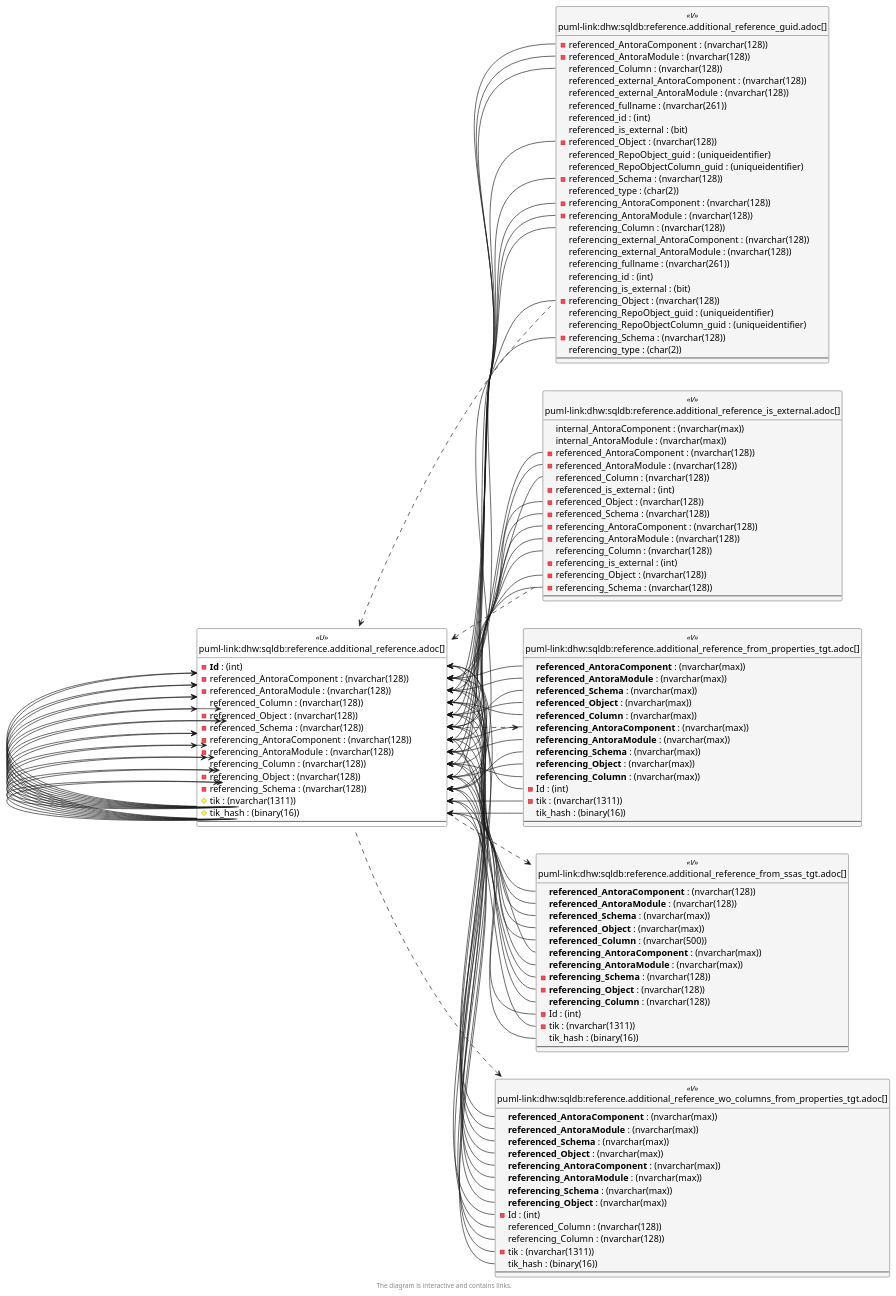
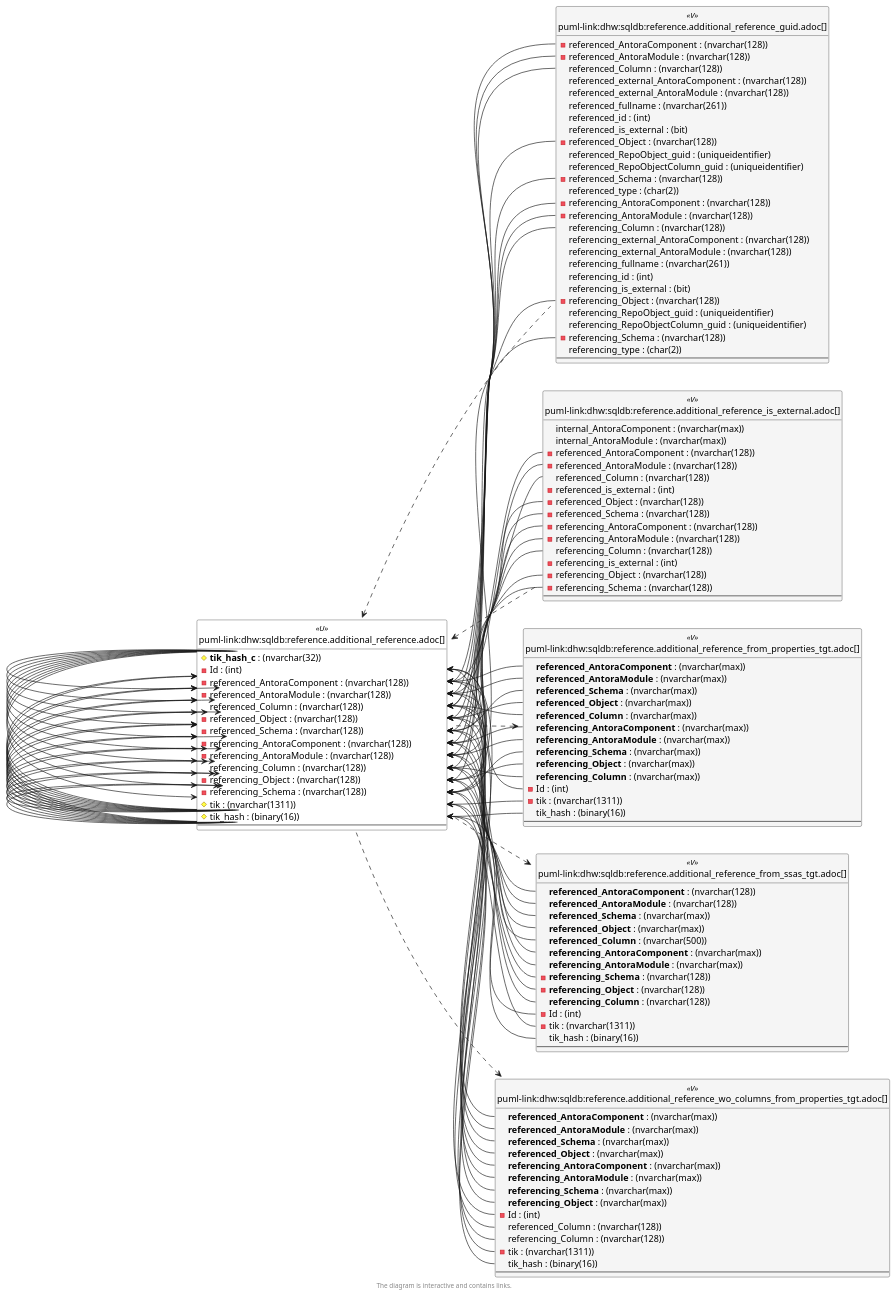
The sixth of 6 diagrams in docs/modules/sqldb/partials/content/reference.additional_reference.adoc (DataHandwerk/dhw-antora-sqldb), drawn with PlantUML before and after one commit. The commit also changed other lines of this file and 751 other files, not shown here.

```diff
--- a/docs/modules/sqldb/partials/content/reference.additional_reference.adoc
+++ b/docs/modules/sqldb/partials/content/reference.additional_reference.adoc
@@ -3910,7 +4015,8 @@
 
 
 entity "puml-link:dhw:sqldb:reference.additional_reference.adoc[]" as reference.additional_Reference << U >> {
-  - **Id** : (int)
+  # **tik_hash_c** : (nvarchar(32))
+  - Id : (int)
   - referenced_AntoraComponent : (nvarchar(128))
   - referenced_AntoraModule : (nvarchar(128))
   referenced_Column : (nvarchar(128))
@@ -4037,72 +4143,82 @@
 "reference.additional_Reference::referenced_AntoraComponent" <-- "reference.additional_Reference_from_properties_tgt::referenced_AntoraComponent"
 "reference.additional_Reference::referenced_AntoraComponent" <-- "reference.additional_Reference_is_external::referenced_AntoraComponent"
 "reference.additional_Reference::referenced_AntoraComponent" <-- "reference.additional_Reference_from_ssas_tgt::referenced_AntoraComponent"
+"reference.additional_Reference::referenced_AntoraComponent" <-- "reference.additional_Reference::tik_hash_c"
 "reference.additional_Reference::referenced_AntoraComponent" <-- "reference.additional_Reference::tik"
 "reference.additional_Reference::referenced_AntoraComponent" <-- "reference.additional_Reference::tik_hash"
 "reference.additional_Reference::referenced_AntoraComponent" <-- "reference.additional_Reference_guid::referenced_AntoraComponent"
 "reference.additional_Reference::referenced_AntoraModule" <-- "reference.additional_Reference::tik_hash"
 "reference.additional_Reference::referenced_AntoraModule" <-- "reference.additional_Reference::tik"
+"reference.additional_Reference::referenced_AntoraModule" <-- "reference.additional_Reference::tik_hash_c"
 "reference.additional_Reference::referenced_AntoraModule" <-- "reference.additional_Reference_from_ssas_tgt::referenced_AntoraModule"
 "reference.additional_Reference::referenced_AntoraModule" <-- "reference.additional_Reference_is_external::referenced_AntoraModule"
+"reference.additional_Reference::referenced_AntoraModule" <-- "reference.additional_Reference_guid::referenced_AntoraModule"
+"reference.additional_Reference::referenced_AntoraModule" <-- "reference.additional_Reference_wo_columns_from_properties_tgt::referenced_AntoraModule"
 "reference.additional_Reference::referenced_AntoraModule" <-- "reference.additional_Reference_from_properties_tgt::referenced_AntoraModule"
-"reference.additional_Reference::referenced_AntoraModule" <-- "reference.additional_Reference_wo_columns_from_properties_tgt::referenced_AntoraModule"
-"reference.additional_Reference::referenced_AntoraModule" <-- "reference.additional_Reference_guid::referenced_AntoraModule"
+"reference.additional_Reference::referenced_Column" <-- "reference.additional_Reference_from_properties_tgt::referenced_Column"
 "reference.additional_Reference::referenced_Column" <-- "reference.additional_Reference_wo_columns_from_properties_tgt::referenced_Column"
-"reference.additional_Reference::referenced_Column" <-- "reference.additional_Reference_from_properties_tgt::referenced_Column"
 "reference.additional_Reference::referenced_Column" <-- "reference.additional_Reference_is_external::referenced_Column"
 "reference.additional_Reference::referenced_Column" <-- "reference.additional_Reference_from_ssas_tgt::referenced_Column"
+"reference.additional_Reference::referenced_Column" <-- "reference.additional_Reference::tik_hash_c"
+"reference.additional_Reference::referenced_Column" <-- "reference.additional_Reference::tik"
+"reference.additional_Reference::referenced_Column" <-- "reference.additional_Reference::tik_hash"
 "reference.additional_Reference::referenced_Column" <-- "reference.additional_Reference_guid::referenced_Column"
-"reference.additional_Reference::referenced_Column" <-- "reference.additional_Reference::tik_hash"
-"reference.additional_Reference::referenced_Column" <-- "reference.additional_Reference::tik"
+"reference.additional_Reference::referenced_Object" <-- "reference.additional_Reference_guid::referenced_Object"
+"reference.additional_Reference::referenced_Object" <-- "reference.additional_Reference::tik_hash"
 "reference.additional_Reference::referenced_Object" <-- "reference.additional_Reference::tik"
-"reference.additional_Reference::referenced_Object" <-- "reference.additional_Reference::tik_hash"
-"reference.additional_Reference::referenced_Object" <-- "reference.additional_Reference_guid::referenced_Object"
+"reference.additional_Reference::referenced_Object" <-- "reference.additional_Reference::tik_hash_c"
 "reference.additional_Reference::referenced_Object" <-- "reference.additional_Reference_from_ssas_tgt::referenced_Object"
 "reference.additional_Reference::referenced_Object" <-- "reference.additional_Reference_is_external::referenced_Object"
+"reference.additional_Reference::referenced_Object" <-- "reference.additional_Reference_wo_columns_from_properties_tgt::referenced_Object"
 "reference.additional_Reference::referenced_Object" <-- "reference.additional_Reference_from_properties_tgt::referenced_Object"
-"reference.additional_Reference::referenced_Object" <-- "reference.additional_Reference_wo_columns_from_properties_tgt::referenced_Object"
+"reference.additional_Reference::referenced_Schema" <-- "reference.additional_Reference_from_properties_tgt::referenced_Schema"
 "reference.additional_Reference::referenced_Schema" <-- "reference.additional_Reference_wo_columns_from_properties_tgt::referenced_Schema"
-"reference.additional_Reference::referenced_Schema" <-- "reference.additional_Reference_from_properties_tgt::referenced_Schema"
 "reference.additional_Reference::referenced_Schema" <-- "reference.additional_Reference_is_external::referenced_Schema"
 "reference.additional_Reference::referenced_Schema" <-- "reference.additional_Reference_from_ssas_tgt::referenced_Schema"
+"reference.additional_Reference::referenced_Schema" <-- "reference.additional_Reference::tik_hash_c"
+"reference.additional_Reference::referenced_Schema" <-- "reference.additional_Reference::tik"
 "reference.additional_Reference::referenced_Schema" <-- "reference.additional_Reference::tik_hash"
 "reference.additional_Reference::referenced_Schema" <-- "reference.additional_Reference_guid::referenced_Schema"
-"reference.additional_Reference::referenced_Schema" <-- "reference.additional_Reference::tik"
 "reference.additional_Reference::referencing_AntoraComponent" <-- "reference.additional_Reference::tik"
 "reference.additional_Reference::referencing_AntoraComponent" <-- "reference.additional_Reference::tik_hash"
 "reference.additional_Reference::referencing_AntoraComponent" <-- "reference.additional_Reference_guid::referencing_AntoraComponent"
+"reference.additional_Reference::referencing_AntoraComponent" <-- "reference.additional_Reference::tik_hash_c"
 "reference.additional_Reference::referencing_AntoraComponent" <-- "reference.additional_Reference_from_ssas_tgt::referencing_AntoraComponent"
 "reference.additional_Reference::referencing_AntoraComponent" <-- "reference.additional_Reference_is_external::referencing_AntoraComponent"
+"reference.additional_Reference::referencing_AntoraComponent" <-- "reference.additional_Reference_wo_columns_from_properties_tgt::referencing_AntoraComponent"
 "reference.additional_Reference::referencing_AntoraComponent" <-- "reference.additional_Reference_from_properties_tgt::referencing_AntoraComponent"
-"reference.additional_Reference::referencing_AntoraComponent" <-- "reference.additional_Reference_wo_columns_from_properties_tgt::referencing_AntoraComponent"
 "reference.additional_Reference::referencing_AntoraModule" <-- "reference.additional_Reference_from_properties_tgt::referencing_AntoraModule"
 "reference.additional_Reference::referencing_AntoraModule" <-- "reference.additional_Reference_wo_columns_from_properties_tgt::referencing_AntoraModule"
 "reference.additional_Reference::referencing_AntoraModule" <-- "reference.additional_Reference_is_external::referencing_AntoraModule"
 "reference.additional_Reference::referencing_AntoraModule" <-- "reference.additional_Reference_guid::referencing_AntoraModule"
 "reference.additional_Reference::referencing_AntoraModule" <-- "reference.additional_Reference_from_ssas_tgt::referencing_AntoraModule"
+"reference.additional_Reference::referencing_AntoraModule" <-- "reference.additional_Reference::tik_hash_c"
+"reference.additional_Reference::referencing_AntoraModule" <-- "reference.additional_Reference::tik"
 "reference.additional_Reference::referencing_AntoraModule" <-- "reference.additional_Reference::tik_hash"
-"reference.additional_Reference::referencing_AntoraModule" <-- "reference.additional_Reference::tik"
+"reference.additional_Reference::referencing_Column" <-- "reference.additional_Reference::tik_hash"
 "reference.additional_Reference::referencing_Column" <-- "reference.additional_Reference::tik"
-"reference.additional_Reference::referencing_Column" <-- "reference.additional_Reference::tik_hash"
 "reference.additional_Reference::referencing_Column" <-- "reference.additional_Reference_guid::referencing_Column"
+"reference.additional_Reference::referencing_Column" <-- "reference.additional_Reference::tik_hash_c"
 "reference.additional_Reference::referencing_Column" <-- "reference.additional_Reference_from_ssas_tgt::referencing_Column"
 "reference.additional_Reference::referencing_Column" <-- "reference.additional_Reference_is_external::referencing_Column"
+"reference.additional_Reference::referencing_Column" <-- "reference.additional_Reference_from_properties_tgt::referencing_Column"
 "reference.additional_Reference::referencing_Column" <-- "reference.additional_Reference_wo_columns_from_properties_tgt::referencing_Column"
-"reference.additional_Reference::referencing_Column" <-- "reference.additional_Reference_from_properties_tgt::referencing_Column"
+"reference.additional_Reference::referencing_Object" <-- "reference.additional_Reference_wo_columns_from_properties_tgt::referencing_Object"
 "reference.additional_Reference::referencing_Object" <-- "reference.additional_Reference_from_properties_tgt::referencing_Object"
-"reference.additional_Reference::referencing_Object" <-- "reference.additional_Reference_wo_columns_from_properties_tgt::referencing_Object"
 "reference.additional_Reference::referencing_Object" <-- "reference.additional_Reference_is_external::referencing_Object"
 "reference.additional_Reference::referencing_Object" <-- "reference.additional_Reference_from_ssas_tgt::referencing_Object"
+"reference.additional_Reference::referencing_Object" <-- "reference.additional_Reference::tik_hash_c"
 "reference.additional_Reference::referencing_Object" <-- "reference.additional_Reference_guid::referencing_Object"
+"reference.additional_Reference::referencing_Object" <-- "reference.additional_Reference::tik"
 "reference.additional_Reference::referencing_Object" <-- "reference.additional_Reference::tik_hash"
-"reference.additional_Reference::referencing_Object" <-- "reference.additional_Reference::tik"
 "reference.additional_Reference::referencing_Schema" <-- "reference.additional_Reference::tik_hash"
 "reference.additional_Reference::referencing_Schema" <-- "reference.additional_Reference::tik"
 "reference.additional_Reference::referencing_Schema" <-- "reference.additional_Reference_guid::referencing_Schema"
+"reference.additional_Reference::referencing_Schema" <-- "reference.additional_Reference::tik_hash_c"
 "reference.additional_Reference::referencing_Schema" <-- "reference.additional_Reference_from_ssas_tgt::referencing_Schema"
 "reference.additional_Reference::referencing_Schema" <-- "reference.additional_Reference_is_external::referencing_Schema"
+"reference.additional_Reference::referencing_Schema" <-- "reference.additional_Reference_from_properties_tgt::referencing_Schema"
 "reference.additional_Reference::referencing_Schema" <-- "reference.additional_Reference_wo_columns_from_properties_tgt::referencing_Schema"
-"reference.additional_Reference::referencing_Schema" <-- "reference.additional_Reference_from_properties_tgt::referencing_Schema"
 "reference.additional_Reference::tik" <-- "reference.additional_Reference_from_properties_tgt::tik"
 "reference.additional_Reference::tik" <-- "reference.additional_Reference_wo_columns_from_properties_tgt::tik"
 "reference.additional_Reference::tik" <-- "reference.additional_Reference_from_ssas_tgt::tik"
```
